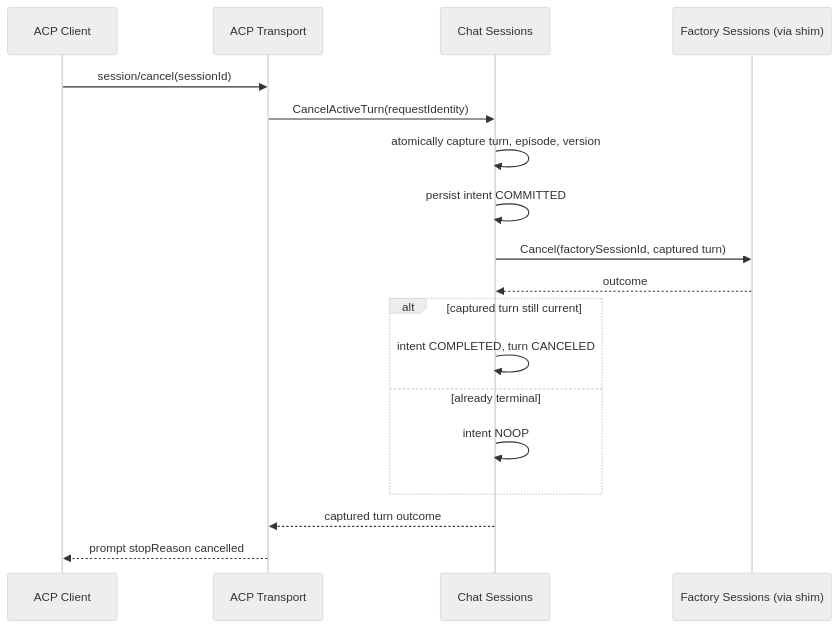
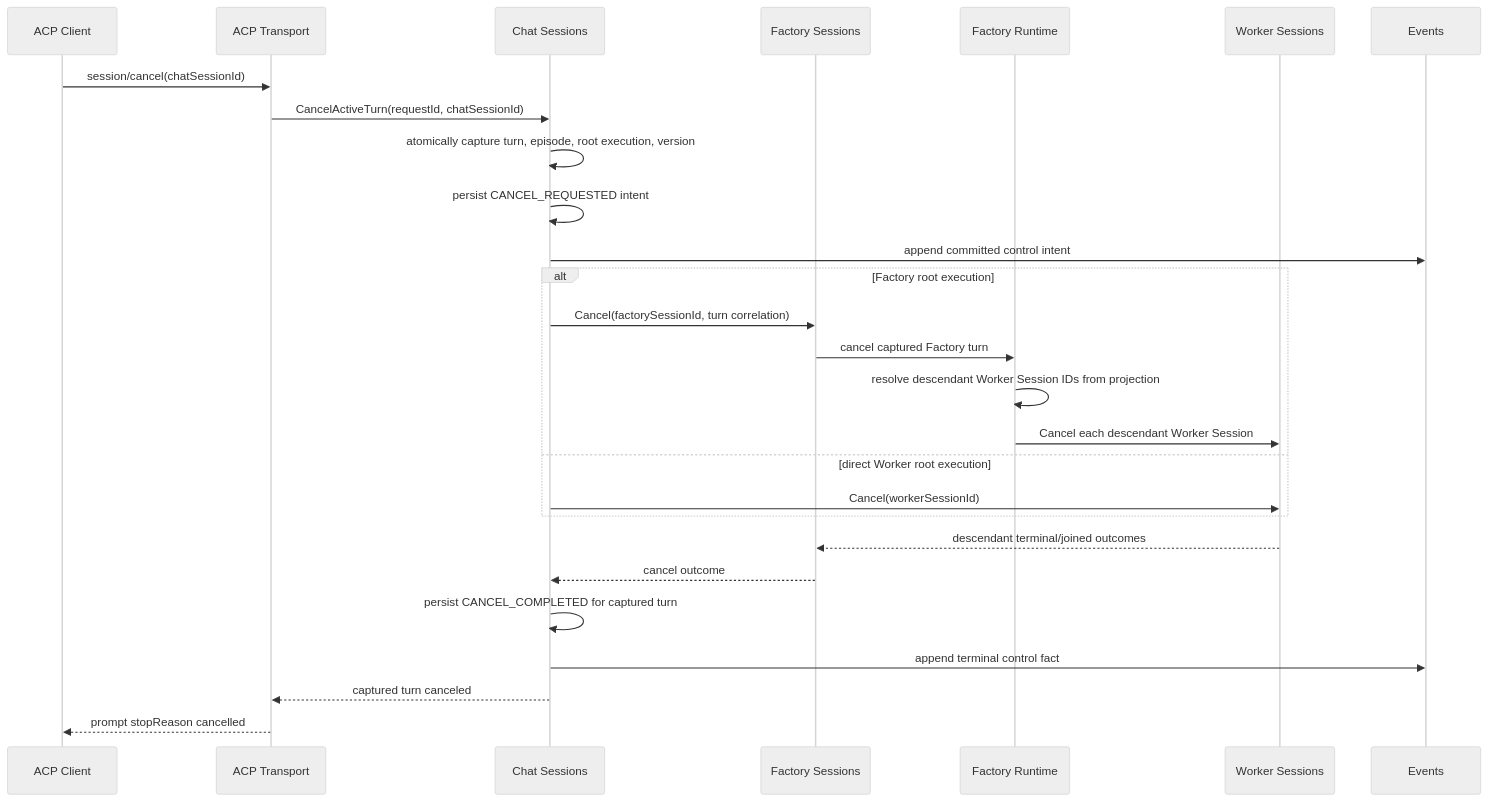
Before and after one commit to portpowered/you-agent-factory: the fifth of 7 diagrams in docs/internal/projects/acp-client/final-proposal.md, drawn with Mermaid (neutral theme). The commit also changed other lines of this file and 20 other files, not shown here.

````diff
--- a/docs/internal/projects/acp-client/final-proposal.md
+++ b/docs/internal/projects/acp-client/final-proposal.md
@@ -529,21 +895,30 @@
 ```mermaid
 sequenceDiagram
     participant C as ACP Client
     participant A as ACP Transport
     participant Chat as Chat Sessions
-    participant FS as Factory Sessions (via shim)
+    participant FS as Factory Sessions
+    participant RT as Factory Runtime
+    participant WS as Worker Sessions
+    participant Ev as Events
 
-    C->>A: session/cancel(sessionId)
-    A->>Chat: CancelActiveTurn(requestIdentity)
-    Chat->>Chat: atomically capture turn, episode, version
-    Chat->>Chat: persist intent COMMITTED
-    Chat->>FS: Cancel(factorySessionId, captured turn)
-    FS-->>Chat: outcome
-    alt captured turn still current
-        Chat->>Chat: intent COMPLETED, turn CANCELED
-    else already terminal
-        Chat->>Chat: intent NOOP
+    C->>A: session/cancel(chatSessionId)
+    A->>Chat: CancelActiveTurn(requestId, chatSessionId)
+    Chat->>Chat: atomically capture turn, episode, root execution, version
+    Chat->>Chat: persist CANCEL_REQUESTED intent
+    Chat->>Ev: append committed control intent
+    alt Factory root execution
+        Chat->>FS: Cancel(factorySessionId, turn correlation)
+        FS->>RT: cancel captured Factory turn
+        RT->>RT: resolve descendant Worker Session IDs from projection
+        RT->>WS: Cancel each descendant Worker Session
+    else direct Worker root execution
+        Chat->>WS: Cancel(workerSessionId)
     end
-    Chat-->>A: captured turn outcome
+    WS-->>FS: descendant terminal/joined outcomes
+    FS-->>Chat: cancel outcome
+    Chat->>Chat: persist CANCEL_COMPLETED for captured turn
+    Chat->>Ev: append terminal control fact
+    Chat-->>A: captured turn canceled
     A-->>C: prompt stopReason cancelled
 ```
````
